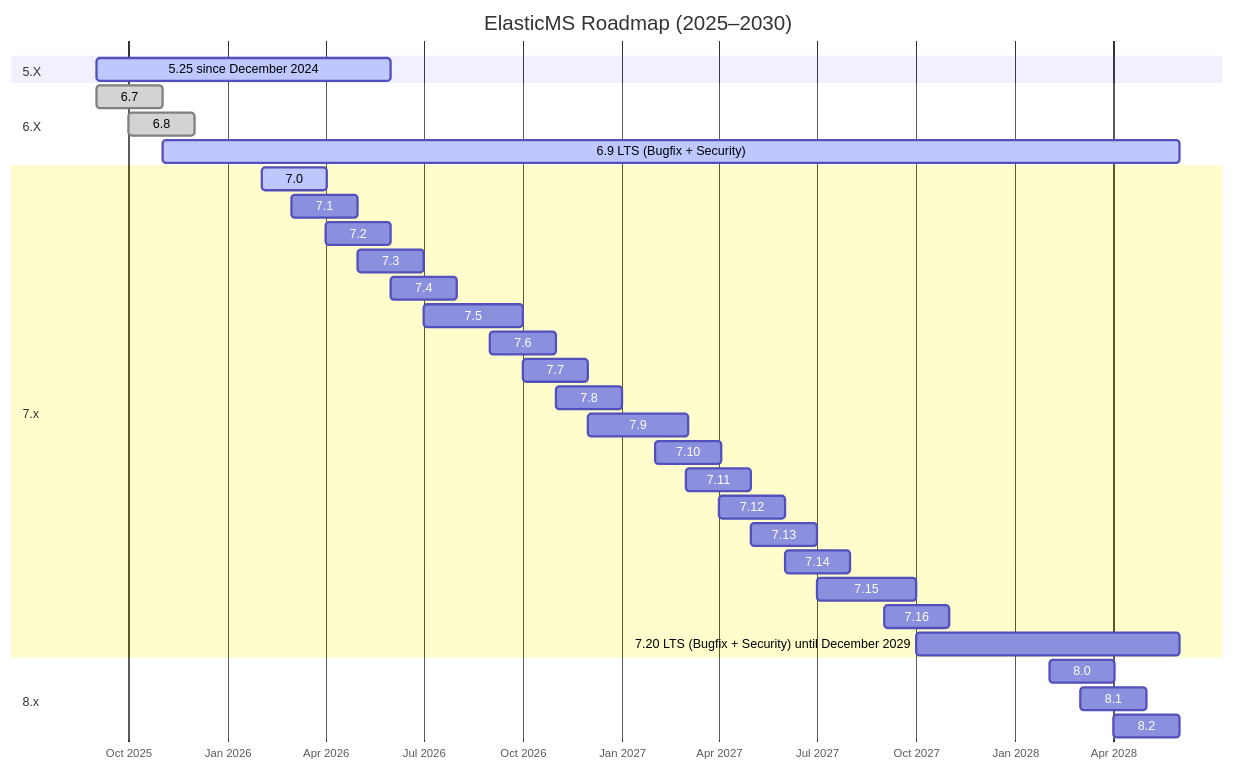
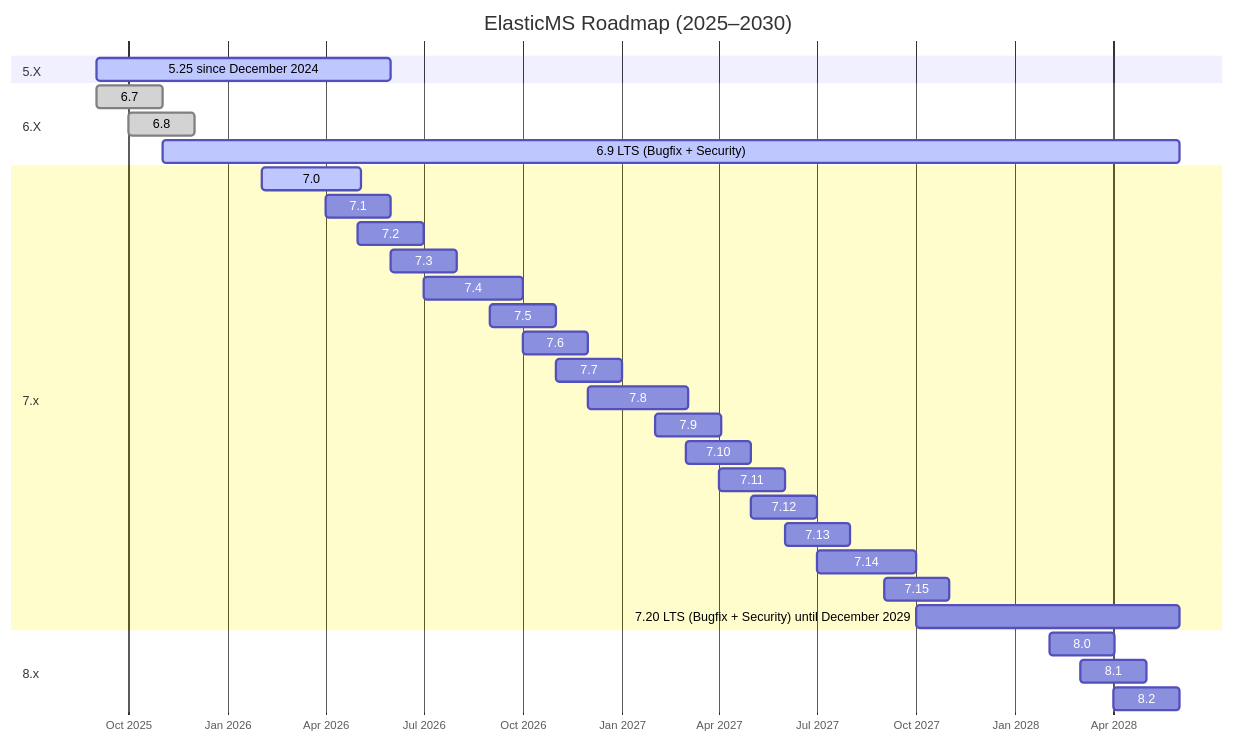
One commit to ems-project/elasticms changed the diagram in docs/src/getting-started/roadmap.md. Above: the diagram before and after it, drawn with Mermaid.

Commit message:
docs: new roadmap

````diff
--- a/docs/src/getting-started/roadmap.md
+++ b/docs/src/getting-started/roadmap.md
@@ -81,39 +81,38 @@
 ```mermaid
 gantt
     title ElasticMS Roadmap (2025–2030)
     dateFormat  YYYY-MM
     axisFormat  %b %Y
 
     section 5.X
     5.25 since December 2024           :active, v525, 2025-09, 2026-06
 
     section 6.X
     6.7                                :done, v76, 2025-09, 61d
     6.8                                :done, v76, 2025-10, 61d
     6.9 LTS (Bugfix + Security)        :active, lts69, 2025-11, 2028-06
 
     section 7.x
-    7.0                                :active, v70, 2026-02, 61d
-    7.1                                :v71, 2026-03, 61d
-    7.2                                :v72, 2026-04, 61d
-    7.3                                :v73, 2026-05, 61d
-    7.4                                :v74, 2026-06, 61d
-    7.5                                :v75, 2026-07, 92d
-    7.6                                :v76, 2026-09, 61d
-    7.7                                :v77, 2026-10, 61d
-    7.8                                :v78, 2026-11, 61d
-    7.9                                :v79, 2026-12, 92d
-    7.10                               :v710, 2027-02, 61d
-    7.11                               :v711, 2027-03, 61d
-    7.12                               :v712, 2027-04, 61d
-    7.13                               :v713, 2027-05, 61d
-    7.14                               :v714, 2027-06, 61d
-    7.15                               :v715, 2027-07, 92d
-    7.16                               :v716, 2027-09, 61d
+    7.0                                :active, v70, 2026-02, 92d
+    7.1                                :v71, 2026-04, 61d
+    7.2                                :v72, 2026-05, 61d
+    7.3                                :v73, 2026-06, 61d
+    7.4                                :v74, 2026-07, 92d
+    7.5                                :v75, 2026-09, 61d
+    7.6                                :v76, 2026-10, 61d
+    7.7                                :v77, 2026-11, 61d
+    7.8                                :v78, 2026-12, 92d
+    7.9                                :v79, 2027-02, 61d
+    7.10                               :v710, 2027-03, 61d
+    7.11                               :v711, 2027-04, 61d
+    7.12                               :v712, 2027-05, 61d
+    7.13                               :v713, 2027-06, 61d
+    7.14                               :v714, 2027-07, 92d
+    7.15                               :v715, 2027-09, 61d
     7.20 LTS (Bugfix + Security) until December 2029        :lts720, 2027-10, 2028-06
 
     section 8.x
     8.0                                :major, 2028-02, 61d
     8.1                                :v81, 2028-03, 61d
     8.2                                :v82, 2028-04, 61d
 ```
````
